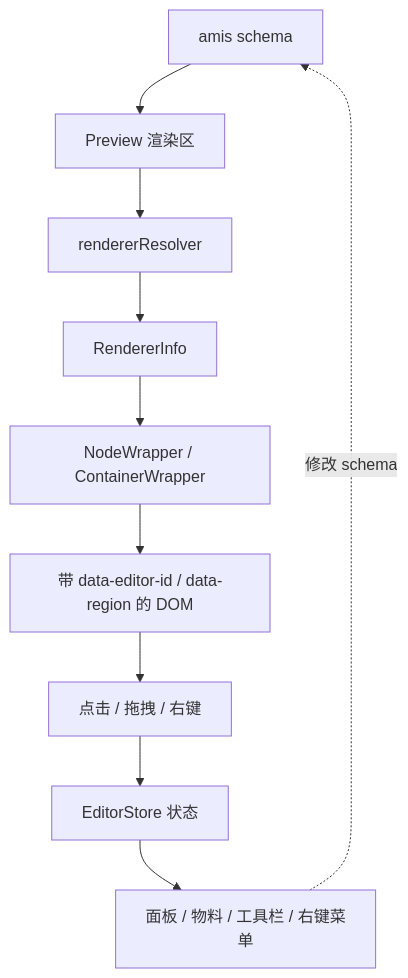
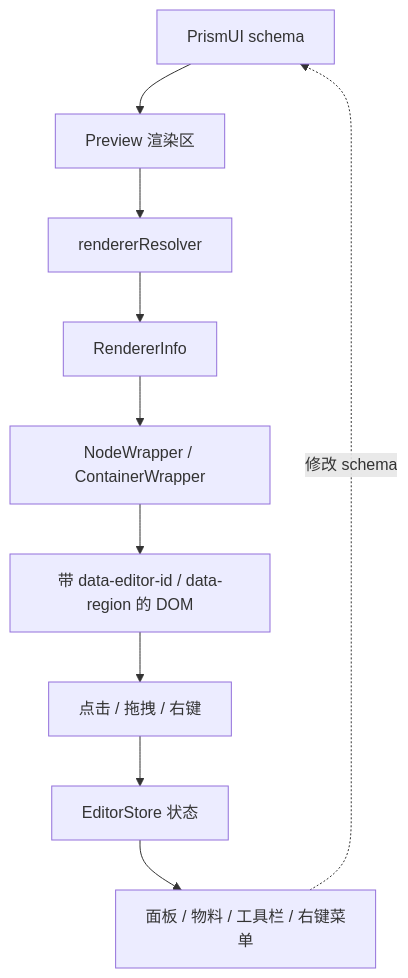
Before and after one commit to Gengxin-Tech/prismui: the first of 11 diagrams in docs/zh-CN/extend/editor-architecture.md, drawn with Mermaid. The commit also changed other lines of this file and 29 other files, not shown here.

````diff
--- a/docs/zh-CN/extend/editor-architecture.md
+++ b/docs/zh-CN/extend/editor-architecture.md
@@ -13,12 +13,12 @@
 ```mermaid
 flowchart TD
-  Schema[amis schema] --> Preview[Preview 渲染区]
+  Schema[PrismUI schema] --> Preview[Preview 渲染区]
   Preview --> Resolver[rendererResolver]
   Resolver --> Info[RendererInfo]
   Info --> Wrapper[NodeWrapper / ContainerWrapper]
   Wrapper --> Dom[带 data-editor-id / data-region 的 DOM]
   Dom --> Interaction[点击 / 拖拽 / 右键]
   Interaction --> Store[EditorStore 状态]
   Store --> Panels[面板 / 物料 / 工具栏 / 右键菜单]
   Panels -. 修改 schema .-> Schema
 ```
````
